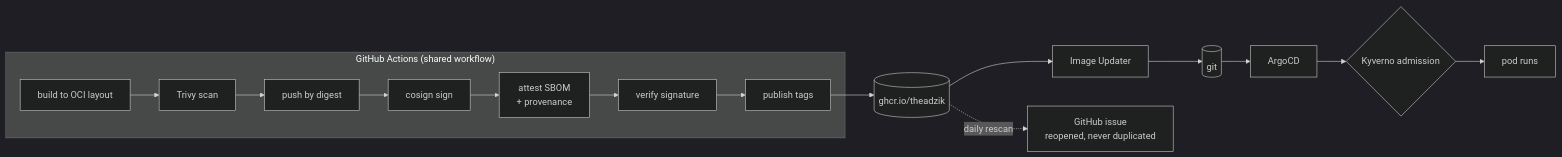
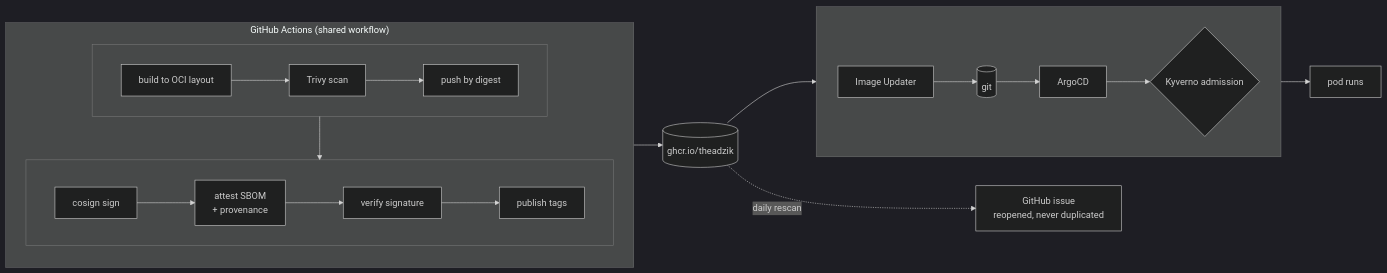
Before and after one commit to theadzik/homelab: the diagram in docs/supply-chain.md, drawn with Mermaid (dark theme). The commit also changed 1 other file, not shown here.

Commit message:
docs: review and fix the rest in docs/

````diff
--- a/docs/supply-chain.md
+++ b/docs/supply-chain.md
@@ -9,19 +9,26 @@
 ```mermaid
 flowchart LR
     subgraph build["GitHub Actions (shared workflow)"]
-        b[build to OCI layout] --> s[Trivy scan]
-        s --> p[push by digest]
-        p --> sig[cosign sign]
-        sig --> att["attest SBOM<br/>+ provenance"]
-        att --> v[verify signature]
-        v --> t[publish tags]
+        direction TB
+        subgraph build_row1[" "]
+            direction LR
+            b[build to OCI layout] --> s[Trivy scan] --> p[push by digest]
+        end
+        subgraph build_row2[" "]
+            direction LR
+            sig[cosign sign] --> att["attest SBOM<br/>+ provenance"] --> v[verify signature] --> t[publish tags]
+        end
+        p --> sig
     end
 
     t --> reg[(ghcr.io/theadzik)]
-    reg --> iu[Image Updater]
-    iu --> git[(git)]
-    git --> argo[ArgoCD]
-    argo --> adm{Kyverno admission}
+
+    subgraph deploy[" "]
+        direction LR
+        iu[Image Updater] --> git[(git)] --> argo[ArgoCD] --> adm{Kyverno admission}
+    end
+
+    reg --> iu
     adm --> pod[pod runs]
     reg -.->|daily rescan| issue["GitHub issue<br/>reopened, never duplicated"]
 ```
````
